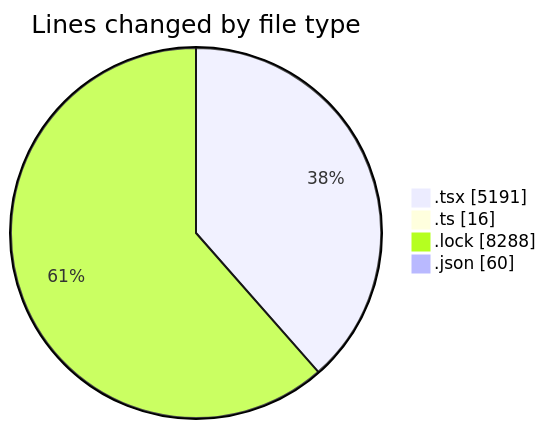
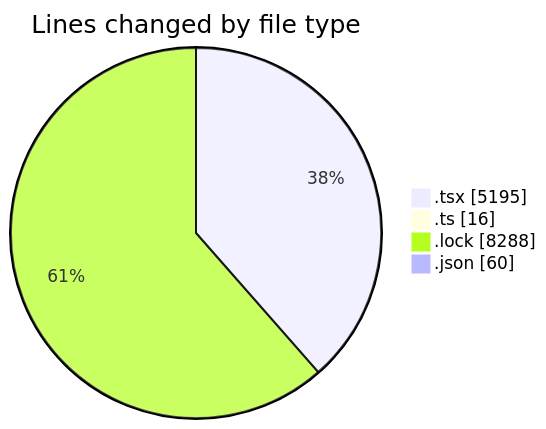
The first of 2 diagrams in 2025-11-07/cda/README.md (momahboobian/code-tracking), drawn with Mermaid before and after one commit. The commit also changed other lines of this file and 1 other file, not shown here.

````diff
--- a/2025-11-07/cda/README.md
+++ b/2025-11-07/cda/README.md
@@ -27,8 +27,8 @@
 ```mermaid
 pie showData
 title Lines changed by file type
-".tsx" : 5191
+".tsx" : 5195
 ".ts" : 16
 ".lock" : 8288
 ".json" : 60
 ```
````
